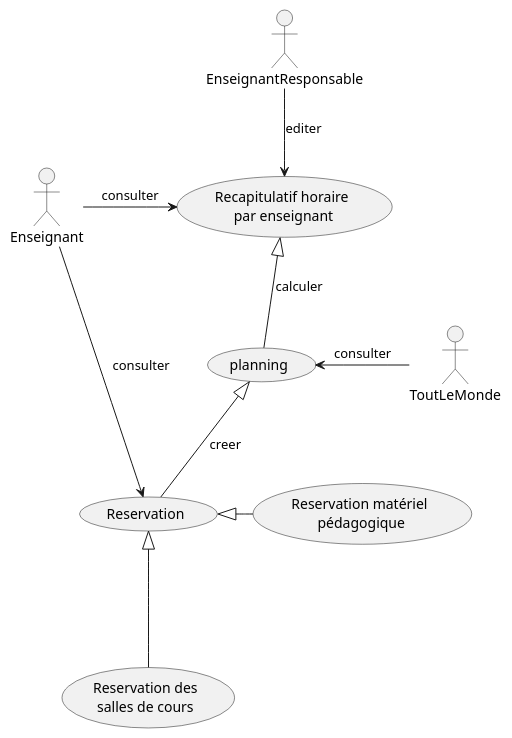
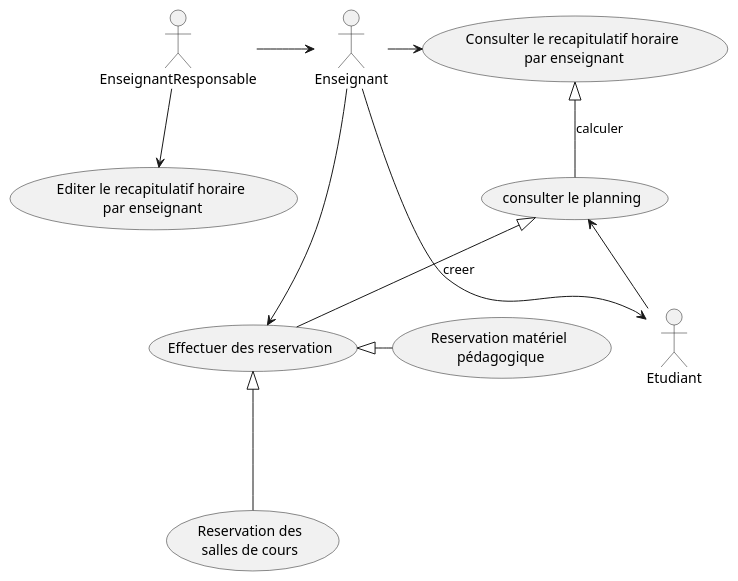
The diagram in TD4.2.1.plantuml (IUT-Blagnac/bcoo-Laurian-Dufrechou), drawn with PlantUML before and after one commit.

Commit message:
Fix 4.1.2 : yes

```diff
--- a/TD4.2.1.plantuml
+++ b/TD4.2.1.plantuml
@@ -2,31 +1,36 @@
 @startuml
 
-usecase r as (Reservation)
+usecase r as (Effectuer des reservation)
 
 
 usecase res as (Reservation des\nsalles de cours)
 
 usecase rem as(Reservation matériel\n pédagogique)
 
 r<|---res
 r<|-rem
 
 
 
-usecase pla as (planning)
+usecase pla as (consulter le planning)
 
 
-usecase rh as (Recapitulatif horaire\n par enseignant)
+usecase rh as (Consulter le recapitulatif horaire\n par enseignant)
+usecase rhE as (Editer le recapitulatif horaire\n par enseignant)
 
-pla <- ToutLeMonde  : consulter
+pla <- Etudiant
 
 pla <|-- r : creer
 
 rh <|-- pla : calculer
 
-Enseignant -> r  : consulter
-Enseignant -> rh : consulter
+Enseignant -> r 
+Enseignant -> rh 
 
-EnseignantResponsable --> rh : editer
+EnseignantResponsable -> Enseignant
+
+EnseignantResponsable --> rhE 
+
+Enseignant ---> Etudiant
 
 @enduml
```
